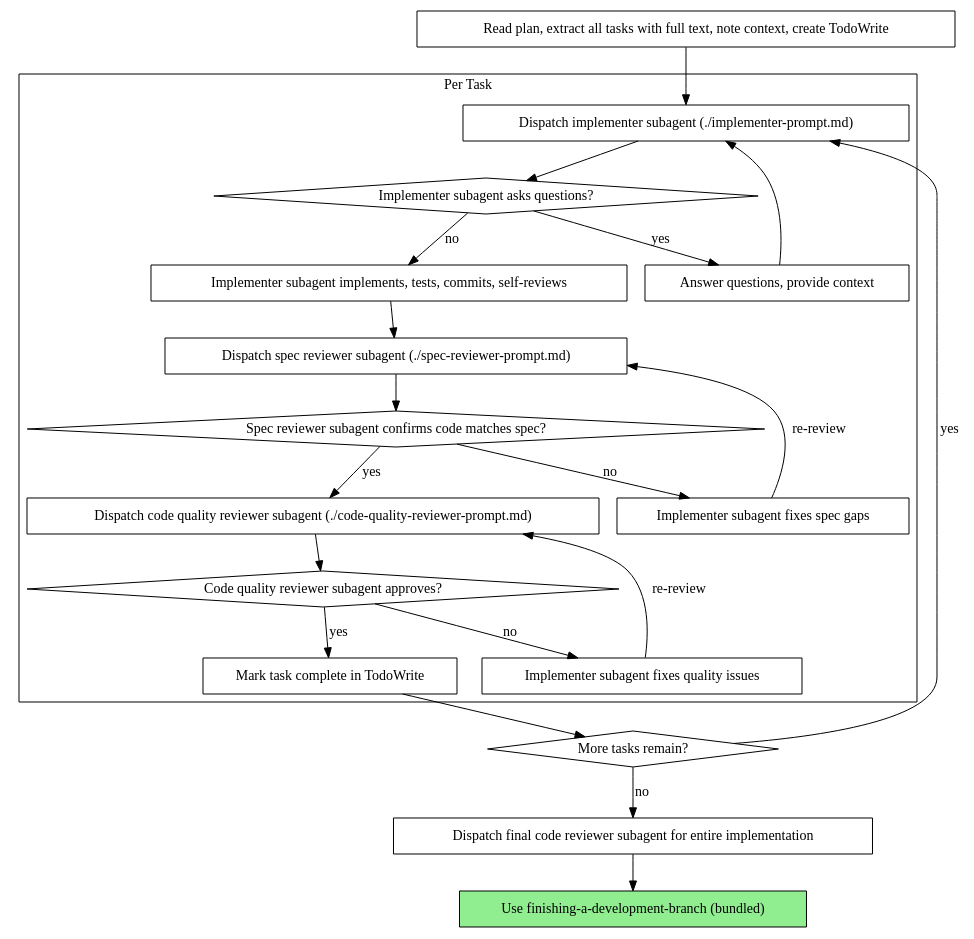
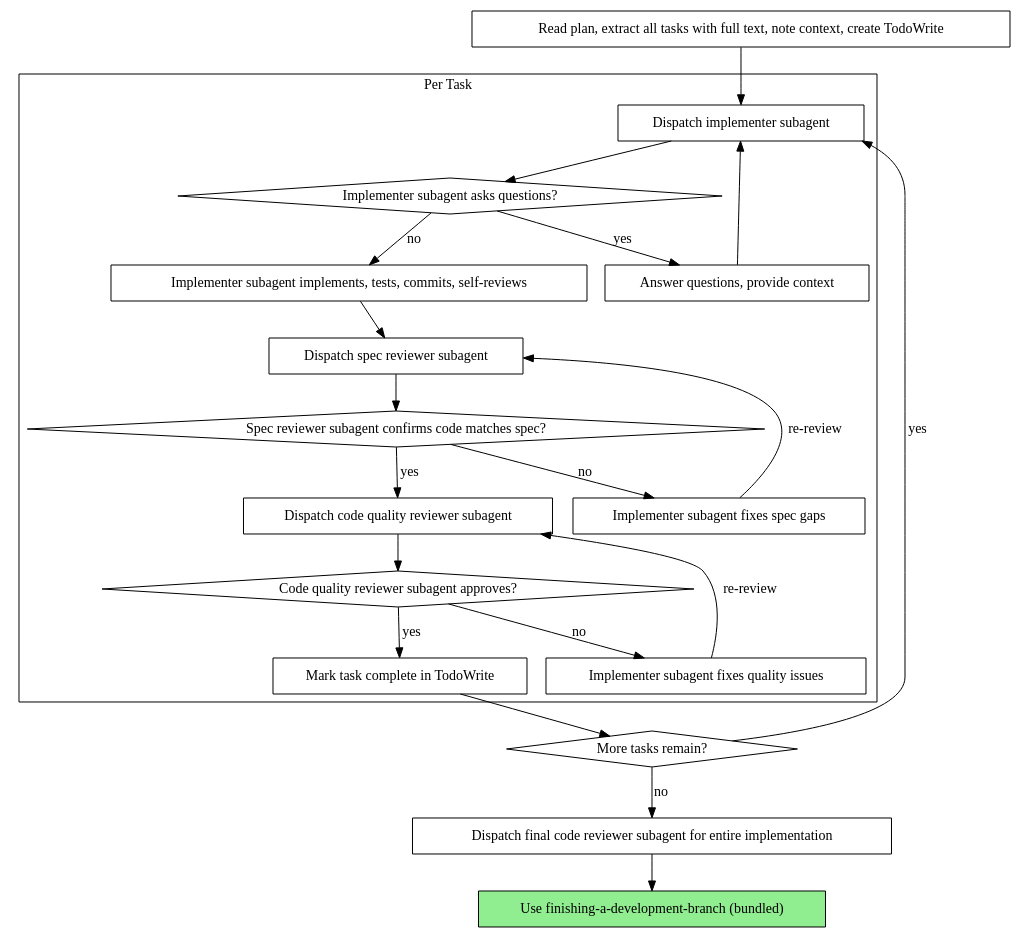
The second of 2 diagrams in skills/subagent-driven-development/SKILL.md (ShiningPlague/shiningplague-studio), drawn with Graphviz before and after one commit. The commit also changed other lines of this file and 38 other files, not shown here.

````diff
--- a/skills/subagent-driven-development/SKILL.md
+++ b/skills/subagent-driven-development/SKILL.md
@@ -42,44 +42,44 @@
 ```dot
 digraph process {
     rankdir=TB;
 
     subgraph cluster_per_task {
         label="Per Task";
-        "Dispatch implementer subagent (./implementer-prompt.md)" [shape=box];
+        "Dispatch implementer subagent" [shape=box];
         "Implementer subagent asks questions?" [shape=diamond];
         "Answer questions, provide context" [shape=box];
         "Implementer subagent implements, tests, commits, self-reviews" [shape=box];
-        "Dispatch spec reviewer subagent (./spec-reviewer-prompt.md)" [shape=box];
+        "Dispatch spec reviewer subagent" [shape=box];
         "Spec reviewer subagent confirms code matches spec?" [shape=diamond];
         "Implementer subagent fixes spec gaps" [shape=box];
-        "Dispatch code quality reviewer subagent (./code-quality-reviewer-prompt.md)" [shape=box];
+        "Dispatch code quality reviewer subagent" [shape=box];
         "Code quality reviewer subagent approves?" [shape=diamond];
         "Implementer subagent fixes quality issues" [shape=box];
         "Mark task complete in TodoWrite" [shape=box];
     }
 
     "Read plan, extract all tasks with full text, note context, create TodoWrite" [shape=box];
     "More tasks remain?" [shape=diamond];
     "Dispatch final code reviewer subagent for entire implementation" [shape=box];
     "Use finishing-a-development-branch (bundled)" [shape=box style=filled fillcolor=lightgreen];
 
-    "Read plan, extract all tasks with full text, note context, create TodoWrite" -> "Dispatch implementer subagent (./implementer-prompt.md)";
-    "Dispatch implementer subagent (./implementer-prompt.md)" -> "Implementer subagent asks questions?";
+    "Read plan, extract all tasks with full text, note context, create TodoWrite" -> "Dispatch implementer subagent";
+    "Dispatch implementer subagent" -> "Implementer subagent asks questions?";
     "Implementer subagent asks questions?" -> "Answer questions, provide context" [label="yes"];
-    "Answer questions, provide context" -> "Dispatch implementer subagent (./implementer-prompt.md)";
+    "Answer questions, provide context" -> "Dispatch implementer subagent";
     "Implementer subagent asks questions?" -> "Implementer subagent implements, tests, commits, self-reviews" [label="no"];
-    "Implementer subagent implements, tests, commits, self-reviews" -> "Dispatch spec reviewer subagent (./spec-reviewer-prompt.md)";
-    "Dispatch spec reviewer subagent (./spec-reviewer-prompt.md)" -> "Spec reviewer subagent confirms code matches spec?";
+    "Implementer subagent implements, tests, commits, self-reviews" -> "Dispatch spec reviewer subagent";
+    "Dispatch spec reviewer subagent" -> "Spec reviewer subagent confirms code matches spec?";
     "Spec reviewer subagent confirms code matches spec?" -> "Implementer subagent fixes spec gaps" [label="no"];
-    "Implementer subagent fixes spec gaps" -> "Dispatch spec reviewer subagent (./spec-reviewer-prompt.md)" [label="re-review"];
-    "Spec reviewer subagent confirms code matches spec?" -> "Dispatch code quality reviewer subagent (./code-quality-reviewer-prompt.md)" [label="yes"];
-    "Dispatch code quality reviewer subagent (./code-quality-reviewer-prompt.md)" -> "Code quality reviewer subagent approves?";
+    "Implementer subagent fixes spec gaps" -> "Dispatch spec reviewer subagent" [label="re-review"];
+    "Spec reviewer subagent confirms code matches spec?" -> "Dispatch code quality reviewer subagent" [label="yes"];
+    "Dispatch code quality reviewer subagent" -> "Code quality reviewer subagent approves?";
     "Code quality reviewer subagent approves?" -> "Implementer subagent fixes quality issues" [label="no"];
-    "Implementer subagent fixes quality issues" -> "Dispatch code quality reviewer subagent (./code-quality-reviewer-prompt.md)" [label="re-review"];
+    "Implementer subagent fixes quality issues" -> "Dispatch code quality reviewer subagent" [label="re-review"];
     "Code quality reviewer subagent approves?" -> "Mark task complete in TodoWrite" [label="yes"];
     "Mark task complete in TodoWrite" -> "More tasks remain?";
-    "More tasks remain?" -> "Dispatch implementer subagent (./implementer-prompt.md)" [label="yes"];
+    "More tasks remain?" -> "Dispatch implementer subagent" [label="yes"];
     "More tasks remain?" -> "Dispatch final code reviewer subagent for entire implementation" [label="no"];
     "Dispatch final code reviewer subagent for entire implementation" -> "Use finishing-a-development-branch (bundled)";
 }
 ```
````
